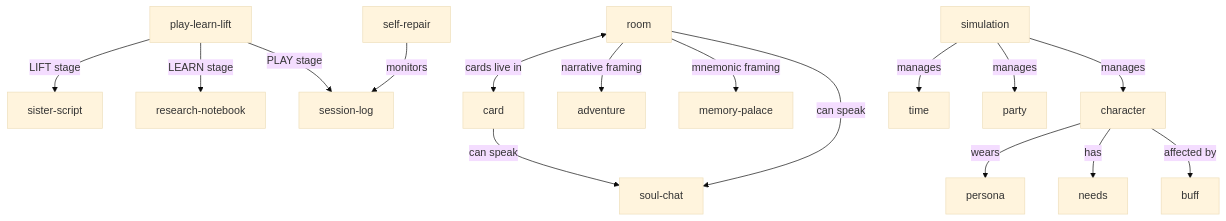
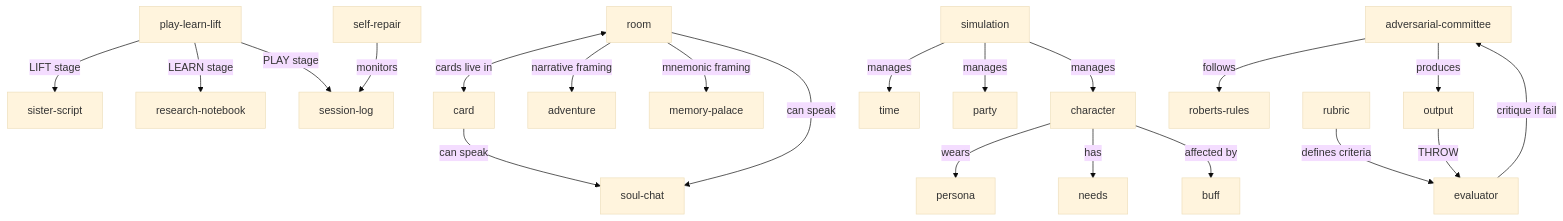
One commit to pragsmike/moollm changed the diagram in skills/README.md. Above: the diagram before and after it, drawn with Mermaid (base theme). The commit also changed other lines of this file and 11 other files, not shown here.

First line of the commit message:
Add Mike Gallaher's Decision & Deliberation methodology

````diff
--- a/skills/README.md
+++ b/skills/README.md
@@ -184,23 +197,30 @@
 ```mermaid
 graph TD
     PLL[play-learn-lift] -->|LIFT stage| SS[sister-script]
     PLL -->|LEARN stage| RN[research-notebook]
     PLL -->|PLAY stage| SL[session-log]
     
     R[room] <-->|cards live in| TC[card]
     R -->|narrative framing| AP[adventure]
     R -->|mnemonic framing| MP[memory-palace]
     
     TC -->|can speak| SC[soul-chat]
     R -->|can speak| SC
     
     SIM[simulation] -->|manages| TIME[time]
     SIM -->|manages| PARTY[party]
     SIM -->|manages| CHAR[character]
     
     CHAR -->|wears| PERSONA[persona]
     CHAR -->|has| NEEDS[needs]
     CHAR -->|affected by| BUFF[buff]
     
     SR[self-repair] -->|monitors| SL
+    
+    %% Mike Gallaher's Decision System
+    AC[adversarial-committee] -->|follows| RR[roberts-rules]
+    AC -->|produces| OUT[output]
+    OUT -->|THROW| EV[evaluator]
+    RUB[rubric] -->|defines criteria| EV
+    EV -->|critique if fail| AC
 ```
````
